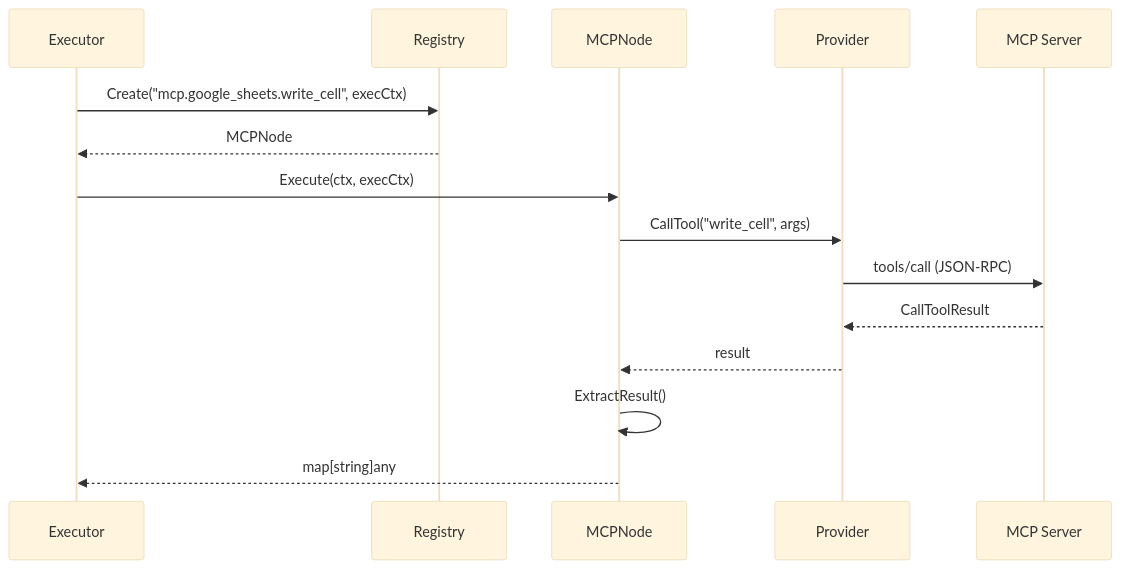
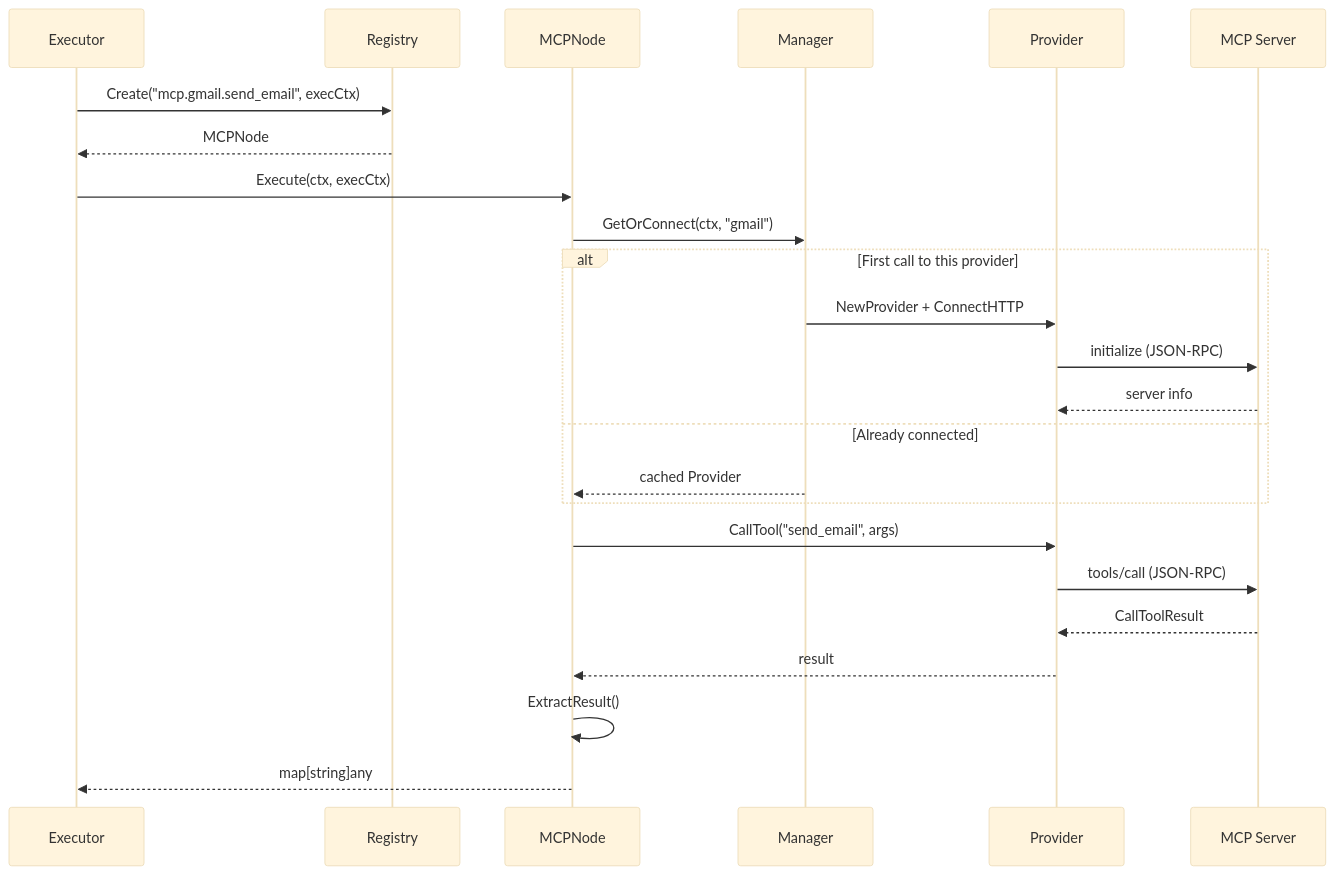
One commit to rune-org/rune changed the third of 3 diagrams in services/rune-worker/pkg/mcp/README.md. Above: the diagram before and after it, drawn with Mermaid (base theme). The commit also changed other lines of this file and 13 other files, not shown here.

````diff
--- a/services/rune-worker/pkg/mcp/README.md
+++ b/services/rune-worker/pkg/mcp/README.md
@@ -83,18 +79,27 @@
 ```mermaid
 sequenceDiagram
     participant exe as Executor
     participant reg as Registry
     participant node as MCPNode
+    participant mgr as Manager
     participant prv as Provider
     participant srv as MCP Server
 
-    exe->>reg: Create("mcp.google_sheets.write_cell", execCtx)
+    exe->>reg: Create("mcp.gmail.send_email", execCtx)
     reg-->>exe: MCPNode
     exe->>node: Execute(ctx, execCtx)
-    node->>prv: CallTool("write_cell", args)
+    node->>mgr: GetOrConnect(ctx, "gmail")
+    alt First call to this provider
+        mgr->>prv: NewProvider + ConnectHTTP
+        prv->>srv: initialize (JSON-RPC)
+        srv-->>prv: server info
+    else Already connected
+        mgr-->>node: cached Provider
+    end
+    node->>prv: CallTool("send_email", args)
     prv->>srv: tools/call (JSON-RPC)
     srv-->>prv: CallToolResult
     prv-->>node: result
     node->>node: ExtractResult()
     node-->>exe: map[string]any
 ```
````
